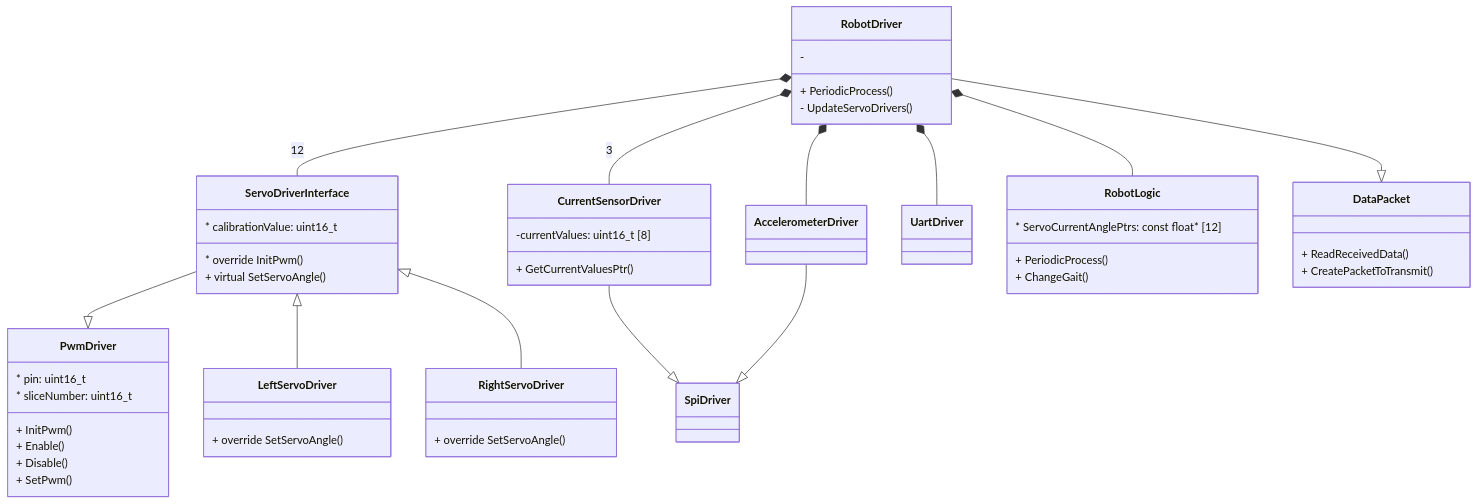
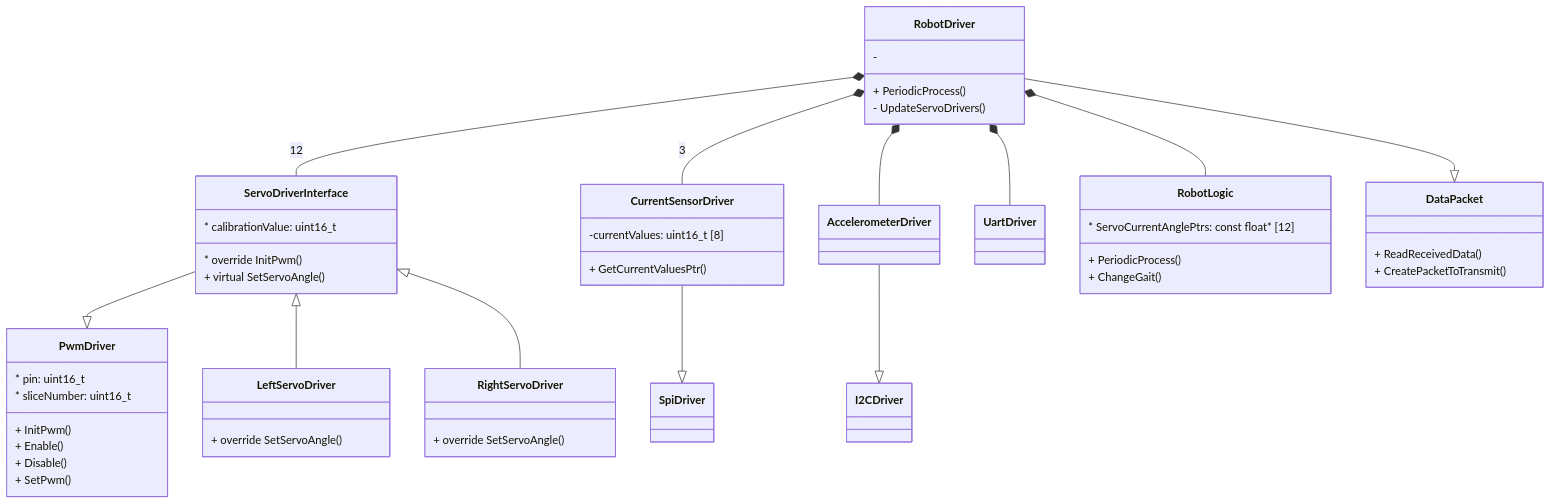
The second of 2 diagrams in README.md (putzio/Hexapod-2.0), drawn with Mermaid before and after one commit. The commit also changed 35 other files, not shown here.

````diff
--- a/README.md
+++ b/README.md
@@ -114,65 +114,65 @@
 ```mermaid
     classDiagram
     %%Driver classes relations:
 
     ServoDriverInterface --|> PwmDriver
     ServoDriverInterface <|-- LeftServoDriver
     ServoDriverInterface <|-- RightServoDriver
 
     CurrentSensorDriver --|> SpiDriver
-    AccelerometerDriver --|> SpiDriver  
+    AccelerometerDriver --|> I2CDriver  
 
 
     RobotDriver *-- ServoDriverInterface: 12
     RobotDriver *-- CurrentSensorDriver: 3
     RobotDriver *-- AccelerometerDriver
     RobotDriver *-- UartDriver
     RobotDriver *-- RobotLogic
     RobotDriver --|> DataPacket
 
     class PwmDriver{
         * pin: uint16_t
         * sliceNumber: uint16_t
 
         + InitPwm()
         + Enable()
         + Disable()
         + SetPwm()
     }
 
     class ServoDriverInterface{
         * calibrationValue: uint16_t
         
         * override InitPwm()
         + virtual SetServoAngle()
     }
     class LeftServoDriver{
         + override SetServoAngle()
     }
     class RightServoDriver{
         + override SetServoAngle()
     }
 
     class CurrentSensorDriver{
         -currentValues: uint16_t [8]
         
         + GetCurrentValuesPtr()
     }
 
     class RobotLogic{
         * ServoCurrentAnglePtrs: const float* [12] 
         + PeriodicProcess()
         + ChangeGait()
     }
 
     class RobotDriver{
         + PeriodicProcess()
         - UpdateServoDrivers()
         - 
     }
 
     class DataPacket{
         + ReadReceivedData()
         + CreatePacketToTransmit()
     }
 ```
````
